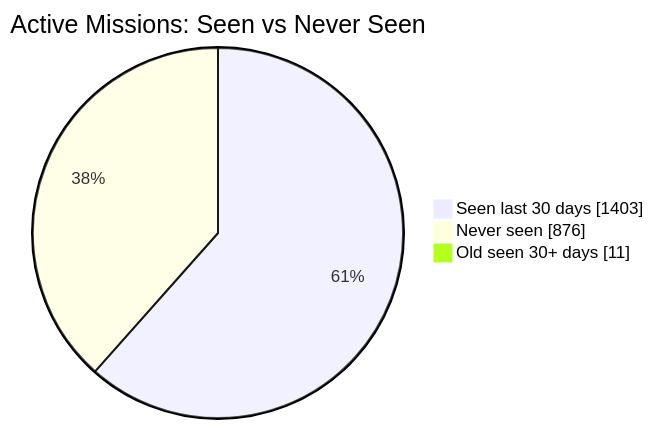
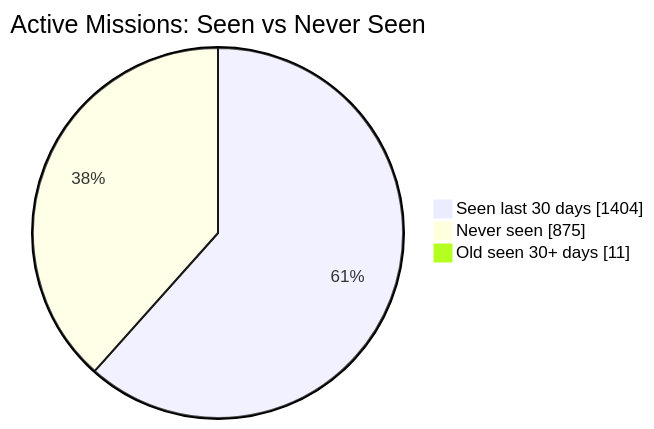
The first of 2 diagrams in README.md (MeldkamerspelGameTeam/active-missions), drawn with Mermaid before and after one commit. The commit also changed other lines of this file and 3 other files, not shown here.

````diff
--- a/README.md
+++ b/README.md
@@ -34,7 +34,7 @@
 ```mermaid
 pie showData
     title Active Missions: Seen vs Never Seen
-    "Seen last 30 days" : 1403
-    "Never seen" : 876
+    "Seen last 30 days" : 1404
+    "Never seen" : 875
     "Old seen 30+ days" : 11
 ```
````
